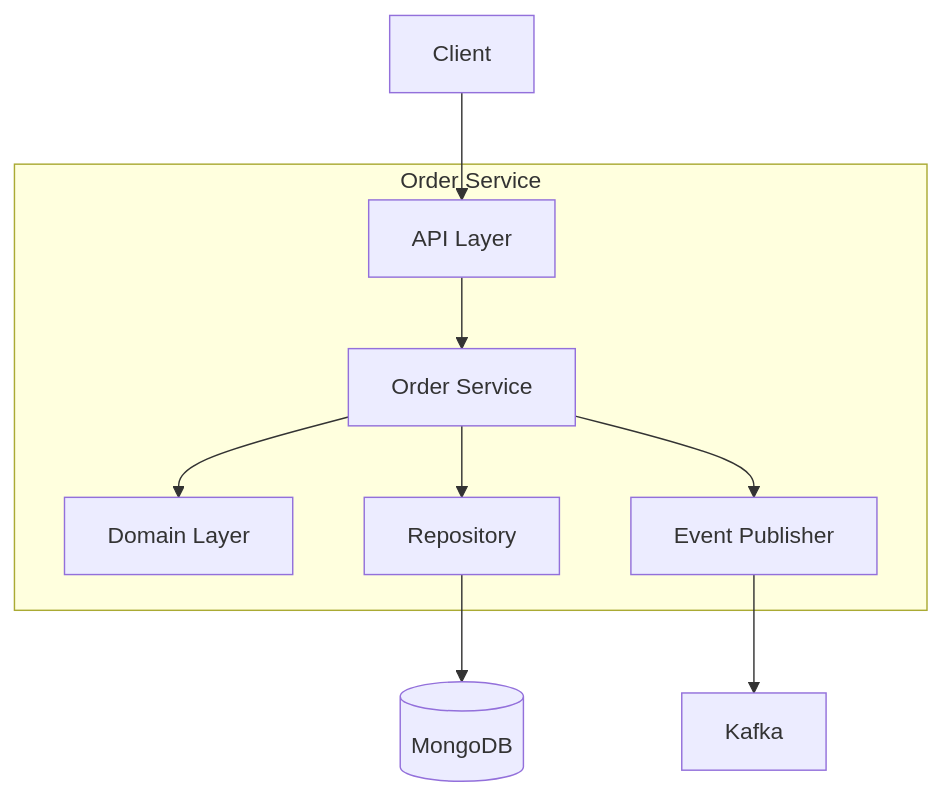
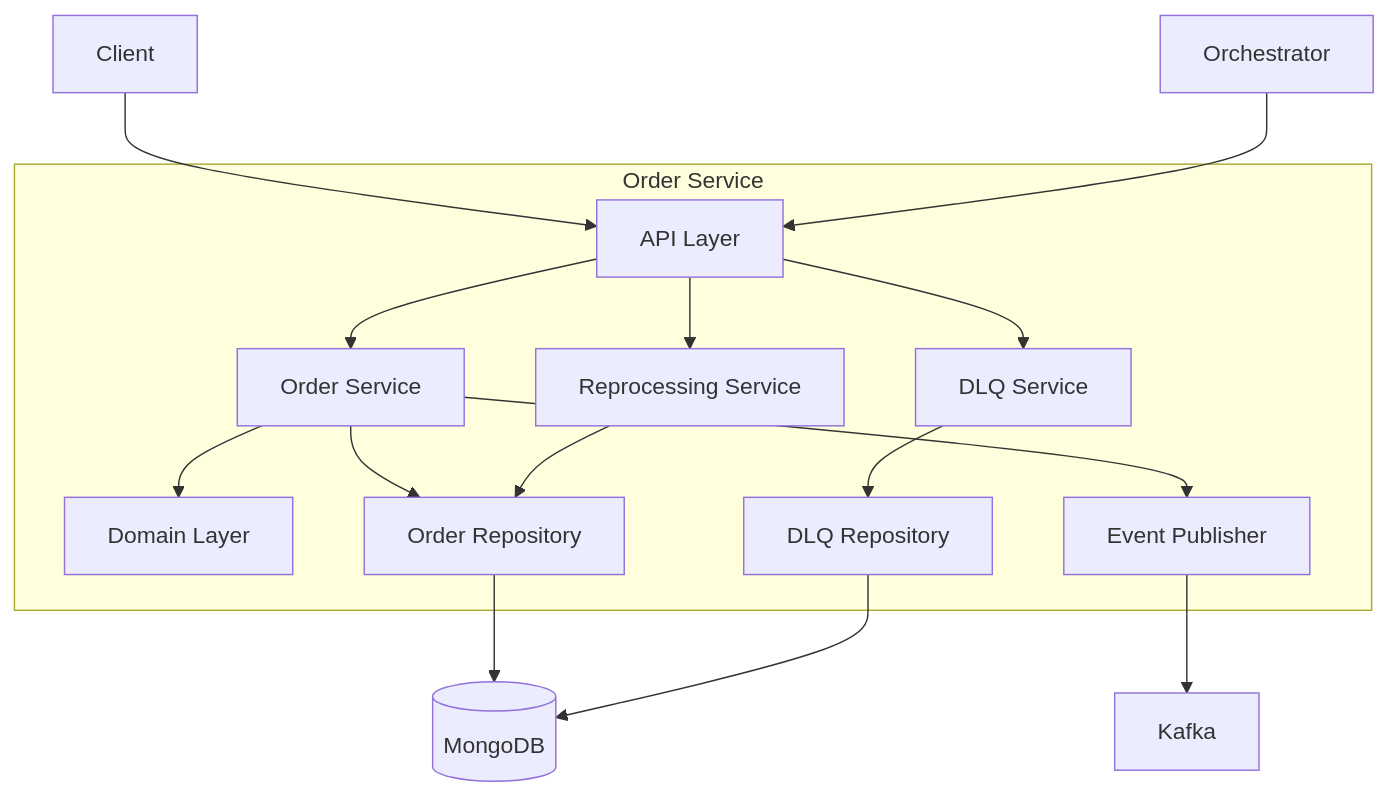
One commit to temporal-wms/wms-platform changed the first of 2 diagrams in ecosystem-documentation/docs/services/order-service.md. Above: the diagram before and after it, drawn with Mermaid. The commit also changed other lines of this file and 16 other files, not shown here.

````diff
--- a/ecosystem-documentation/docs/services/order-service.md
+++ b/ecosystem-documentation/docs/services/order-service.md
@@ -112,18 +355,27 @@
 ```mermaid
 graph TB
     subgraph "Order Service"
         API[API Layer]
         Service[Order Service]
+        ReprocessingService[Reprocessing Service]
+        DLQService[DLQ Service]
         Domain[Domain Layer]
-        Repo[Repository]
+        Repo[Order Repository]
+        DLQRepo[DLQ Repository]
         Publisher[Event Publisher]
     end
 
     Client[Client] --> API
+    Orchestrator[Orchestrator] --> API
     API --> Service
+    API --> ReprocessingService
+    API --> DLQService
     Service --> Domain
     Service --> Repo
     Service --> Publisher
+    ReprocessingService --> Repo
+    DLQService --> DLQRepo
     Repo --> MongoDB[(MongoDB)]
+    DLQRepo --> MongoDB
     Publisher --> Kafka[Kafka]
 ```
````
